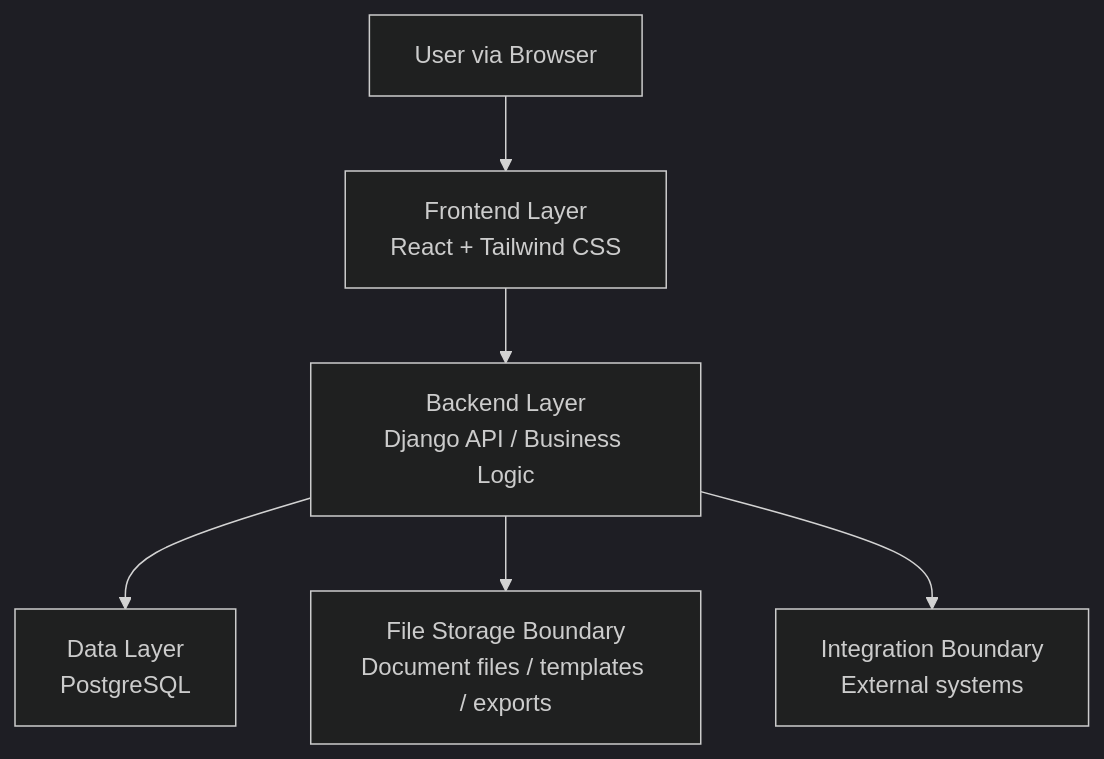
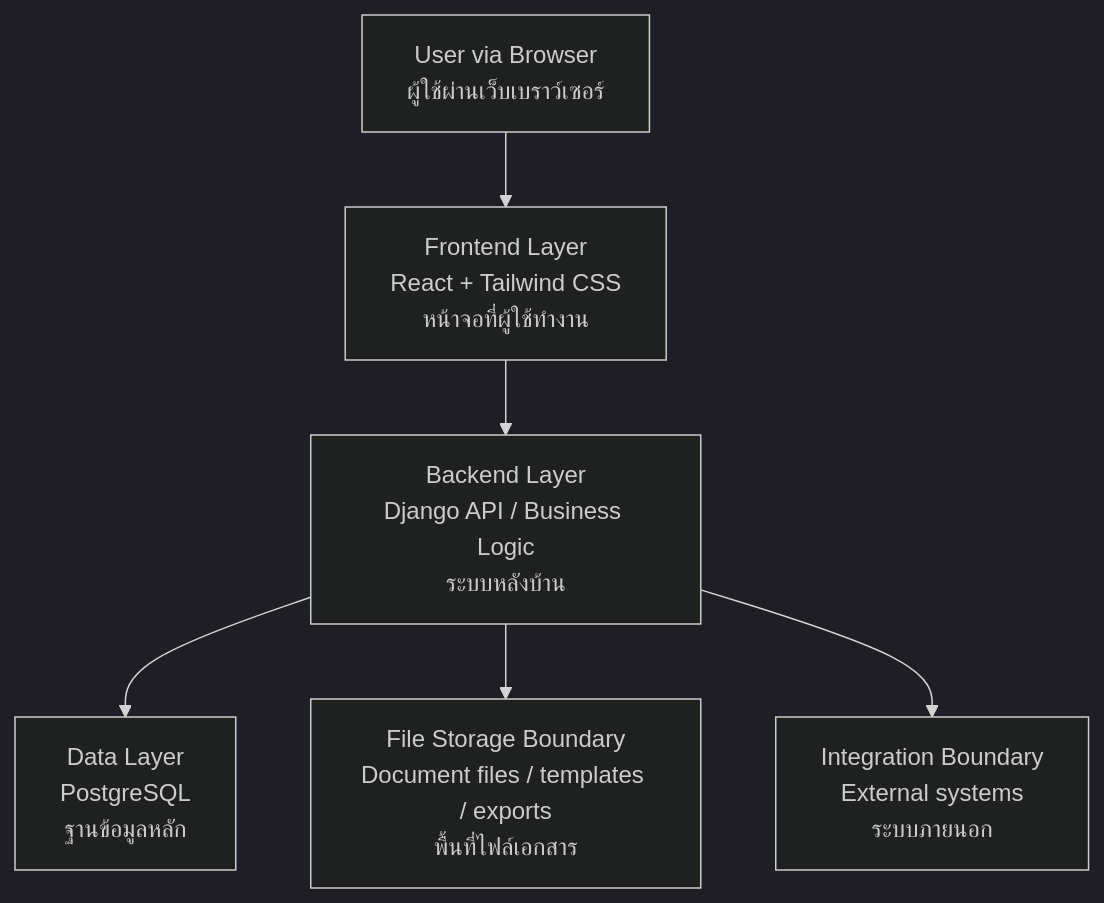
The diagram in docs/app/docs/architecture/page.mdx (yukasung/legal_erp_docs), drawn with Mermaid (dark theme) before and after one commit. The commit also changed other lines of this file and 5 other files, not shown here.

````diff
--- a/docs/app/docs/architecture/page.mdx
+++ b/docs/app/docs/architecture/page.mdx
@@ -39,15 +44,15 @@
 ```mermaid
 flowchart TB
-  User["User via Browser"]
-  Frontend["Frontend Layer<br/>React + Tailwind CSS"]
-  Backend["Backend Layer<br/>Django API / Business Logic"]
-  Database["Data Layer<br/>PostgreSQL"]
-  FileStorage["File Storage Boundary<br/>Document files / templates / exports"]
-  Integration["Integration Boundary<br/>External systems"]
+  User["User via Browser<br/>ผู้ใช้ผ่านเว็บเบราว์เซอร์"]
+  Frontend["Frontend Layer<br/>React + Tailwind CSS<br/>หน้าจอที่ผู้ใช้ทำงาน"]
+  Backend["Backend Layer<br/>Django API / Business Logic<br/>ระบบหลังบ้าน"]
+  Database["Data Layer<br/>PostgreSQL<br/>ฐานข้อมูลหลัก"]
+  FileStorage["File Storage Boundary<br/>Document files / templates / exports<br/>พื้นที่ไฟล์เอกสาร"]
+  Integration["Integration Boundary<br/>External systems<br/>ระบบภายนอก"]
 
   User --> Frontend
   Frontend --> Backend
   Backend --> Database
   Backend --> FileStorage
   Backend --> Integration
 ```
````
